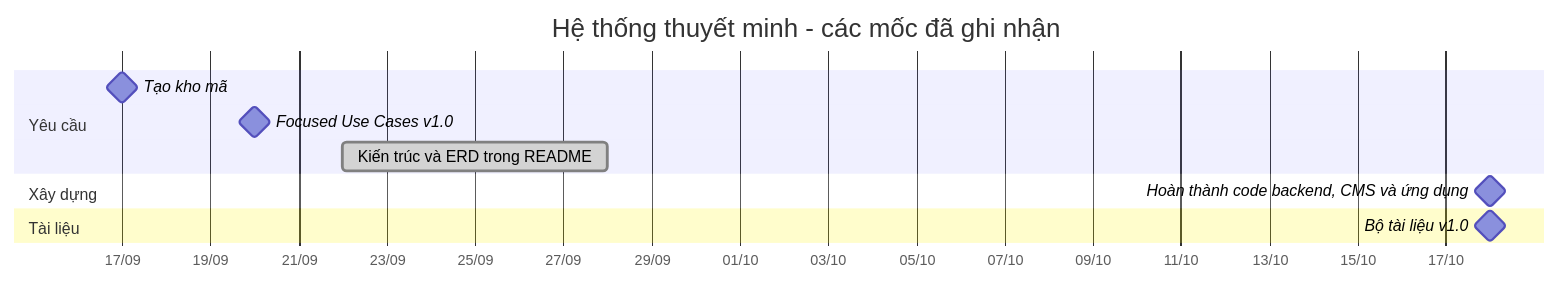
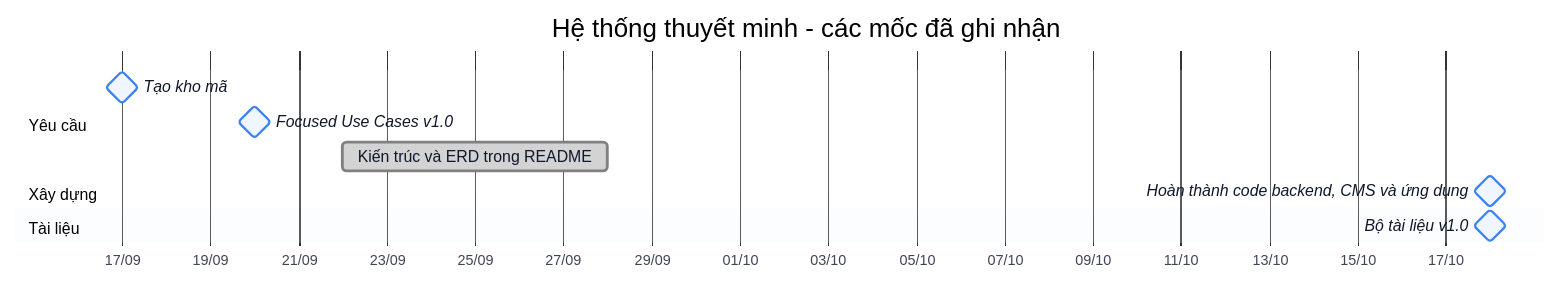
One commit to AiraLeFatale/CongNghePhanMem_Project changed the sixth of 9 diagrams in docs/06-project-management.md. Above: the diagram before and after it, drawn with Mermaid. The commit also changed other lines of this file and 181 other files, not shown here.

````diff
--- a/docs/06-project-management.md
+++ b/docs/06-project-management.md
@@ -87,14 +196,15 @@
 ```mermaid
+%%{init: {"theme":"base","fontFamily":"Helvetica Neue, Arial, sans-serif","themeVariables":{"fontFamily":"Helvetica Neue, Arial, sans-serif","fontSize":"15px","primaryColor":"#EFF6FF","primaryBorderColor":"#3B82F6","primaryTextColor":"#0F172A","lineColor":"#64748B","secondaryColor":"#F0FDF4","tertiaryColor":"#FFFFFF","clusterBkg":"#F8FAFC","clusterBorder":"#CBD5E1","edgeLabelBackground":"#FFFFFF","noteBkgColor":"#FEF9C3","noteBorderColor":"#EAB308","actorBkg":"#DBEAFE","actorBorder":"#2563EB","actorTextColor":"#1E3A8A","signalColor":"#475569","signalTextColor":"#0F172A","labelBoxBkgColor":"#F1F5F9","labelBoxBorderColor":"#94A3B8","activationBkgColor":"#E0F2FE","activationBorderColor":"#0284C7","sequenceNumberColor":"#FFFFFF","pie1":"#16A34A","pie2":"#F59E0B","pie3":"#94A3B8","pie4":"#DC2626","pie5":"#2563EB","pie6":"#7C3AED","pieStrokeColor":"#FFFFFF","pieSectionTextColor":"#FFFFFF","quadrant1Fill":"#FEE2E2","quadrant2Fill":"#FEF3C7","quadrant3Fill":"#DCFCE7","quadrant4Fill":"#FEF3C7","quadrantPointFill":"#1E3A8A","quadrantPointTextFill":"#0F172A","git0":"#1E3A8A","gitBranchLabel0":"#FFFFFF","cScale0":"#DBEAFE","cScale1":"#DCFCE7","cScale2":"#EDE9FE","cScale3":"#FEF3C7","cScale4":"#FFE4E6","cScale5":"#E0F2FE","cScale6":"#F1F5F9"},"flowchart":{"curve":"basis","padding":16,"nodeSpacing":40,"rankSpacing":50},"sequence":{"showSequenceNumbers":true,"mirrorActors":false}}}%%
 gantt
     title Hệ thống thuyết minh - các mốc đã ghi nhận
     dateFormat YYYY-MM-DD
     axisFormat %d/%m
     section Yêu cầu
     Tạo kho mã                     :milestone, m1, 2026-09-17, 0d
     Focused Use Cases v1.0         :milestone, m2, 2026-09-20, 0d
     Kiến trúc và ERD trong README  :done, r3, 2026-09-22, 2026-09-28
     section Xây dựng
     Hoàn thành code backend, CMS và ứng dụng :milestone, m3, 2026-10-18, 0d
     section Tài liệu
     Bộ tài liệu v1.0               :milestone, m4, 2026-10-18, 0d
 ```
````
